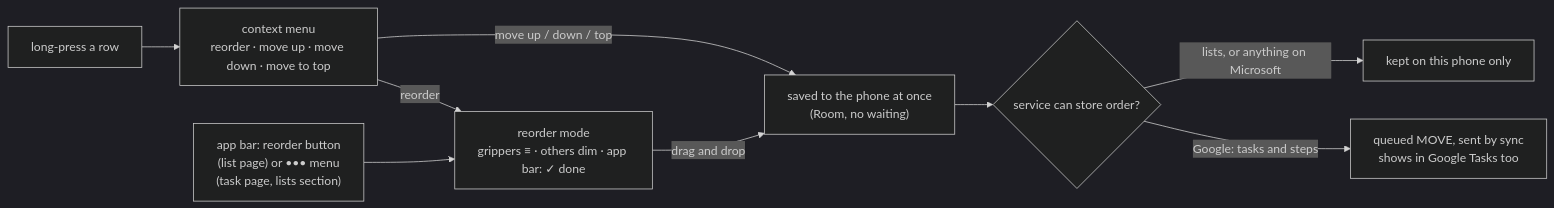
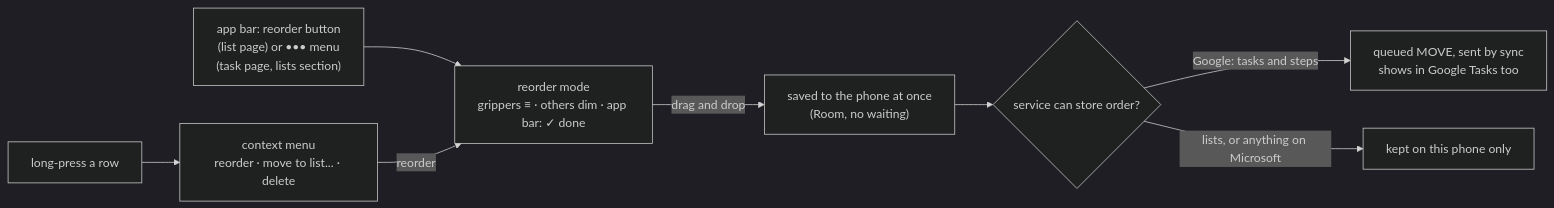
Before and after one commit to samekh248/duenorthtasks: the diagram in specs/003-reordering/spec.md, drawn with Mermaid (dark theme). The commit also changed other lines of this file and 4 other files, not shown here.

````diff
--- a/specs/003-reordering/spec.md
+++ b/specs/003-reordering/spec.md
@@ -23,11 +23,10 @@
 ```mermaid
 flowchart LR
-    LP["long-press a row"] --> CM["context menu<br/>reorder · move up · move down · move to top"]
+    LP["long-press a row"] --> CM["context menu<br/>reorder · move to list... · delete"]
     AB["app bar: reorder button<br/>(list page) or ••• menu<br/>(task page, lists section)"] --> RM
     CM -->|reorder| RM["reorder mode<br/>grippers ≡ · others dim · app bar: ✓ done"]
-    CM -->|move up / down / top| SAVE
     RM -->|drag and drop| SAVE["saved to the phone at once<br/>(Room, no waiting)"]
     SAVE --> PUSH{"service can store order?"}
     PUSH -->|Google: tasks and steps| G["queued MOVE, sent by sync<br/>shows in Google Tasks too"]
     PUSH -->|lists, or anything on Microsoft| L["kept on this phone only"]
 ```
````
